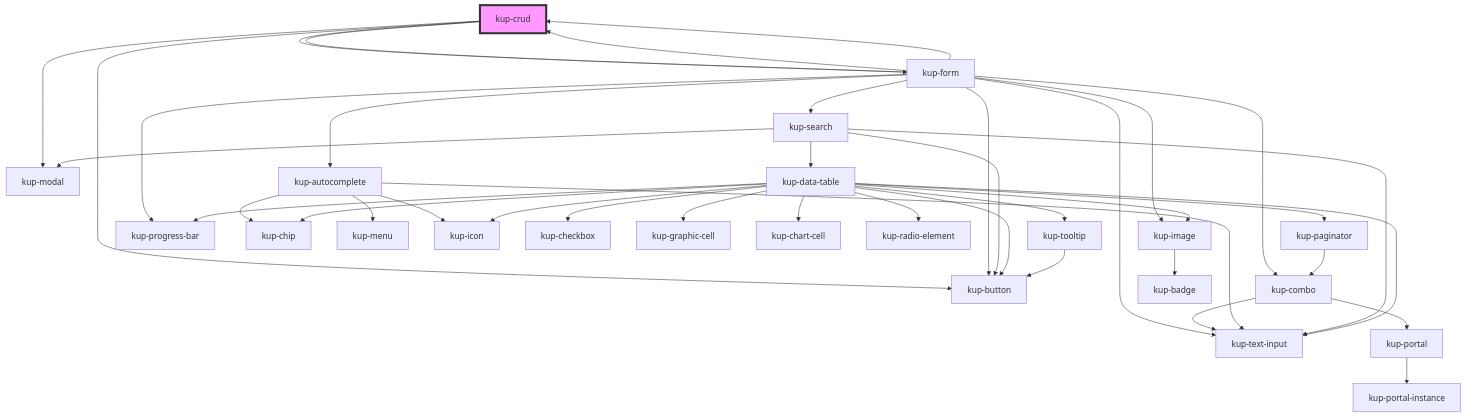
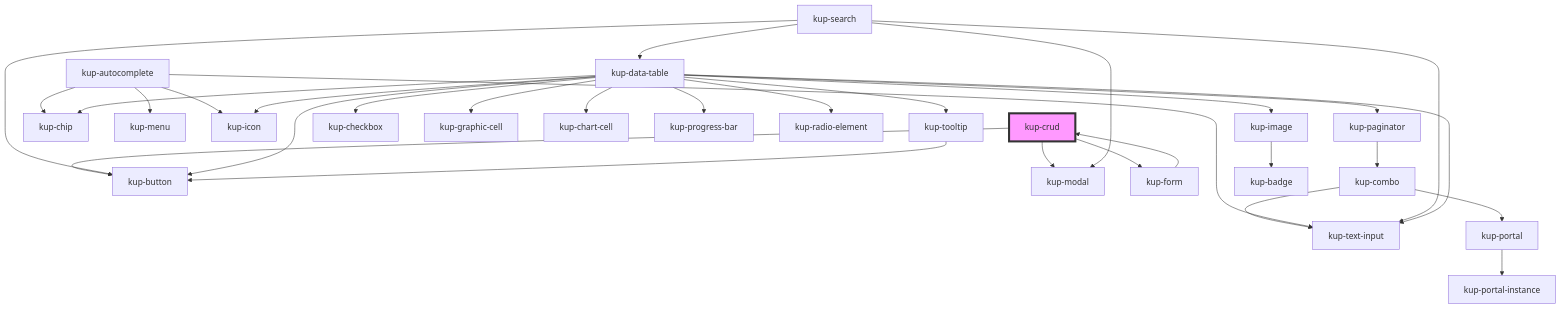
The diagram in packages/ketchup/src/components/kup-crud/readme.md (smeup/ketchup), drawn with Mermaid before and after one commit. The commit also changed other lines of this file and 10 other files, not shown here.

````diff
--- a/packages/ketchup/src/components/kup-crud/readme.md
+++ b/packages/ketchup/src/components/kup-crud/readme.md
@@ -81,43 +80,34 @@
 ```mermaid
 graph TD;
   kup-crud --> kup-button
   kup-crud --> kup-modal
   kup-crud --> kup-form
-  kup-crud --> kup-form
-  kup-form --> kup-combo
-  kup-form --> kup-crud
-  kup-form --> kup-autocomplete
-  kup-form --> kup-search
-  kup-form --> kup-image
-  kup-form --> kup-progress-bar
-  kup-form --> kup-text-input
-  kup-form --> kup-button
   kup-form --> kup-crud
   kup-combo --> kup-text-input
   kup-combo --> kup-portal
   kup-portal --> kup-portal-instance
   kup-autocomplete --> kup-chip
   kup-autocomplete --> kup-text-input
   kup-autocomplete --> kup-menu
   kup-autocomplete --> kup-icon
   kup-search --> kup-text-input
   kup-search --> kup-button
   kup-search --> kup-modal
   kup-search --> kup-data-table
   kup-data-table --> kup-text-input
   kup-data-table --> kup-icon
   kup-data-table --> kup-image
   kup-data-table --> kup-checkbox
   kup-data-table --> kup-button
   kup-data-table --> kup-graphic-cell
   kup-data-table --> kup-chart-cell
   kup-data-table --> kup-progress-bar
   kup-data-table --> kup-radio-element
   kup-data-table --> kup-tooltip
   kup-data-table --> kup-paginator
   kup-data-table --> kup-chip
   kup-image --> kup-badge
   kup-tooltip --> kup-button
   kup-paginator --> kup-combo
   style kup-crud fill:#f9f,stroke:#333,stroke-width:4px
 ```
````
